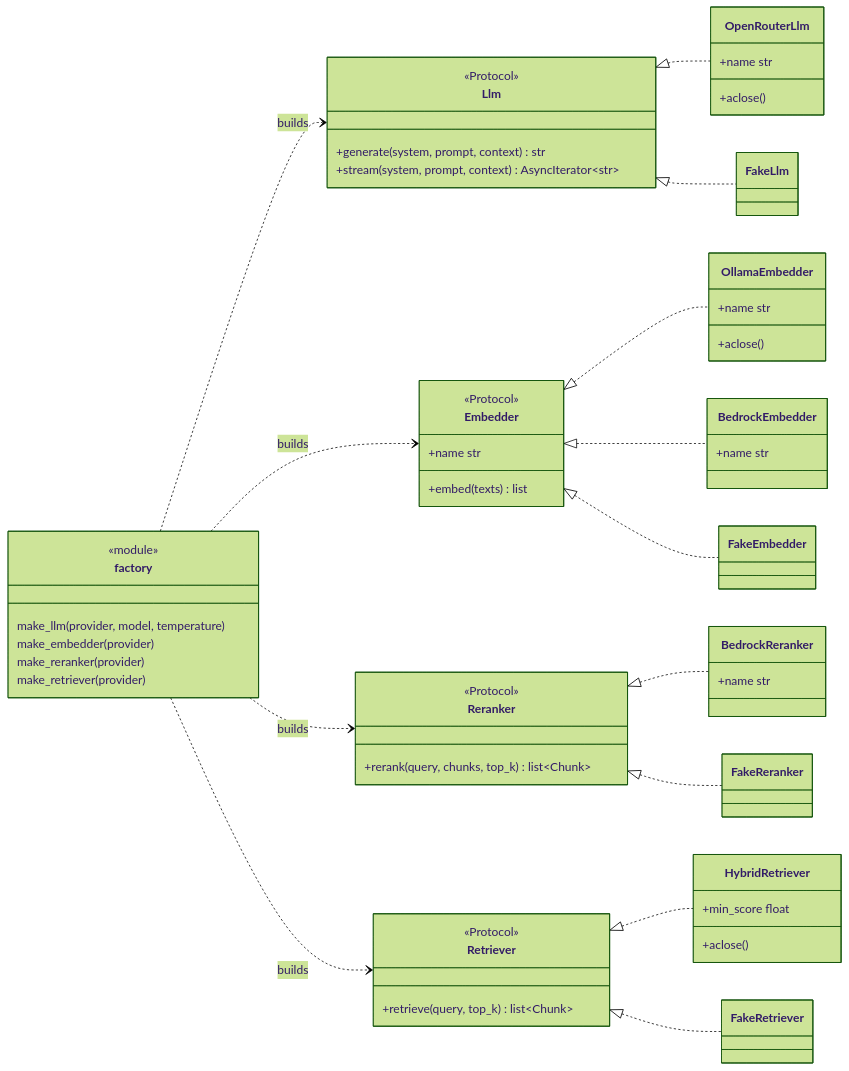
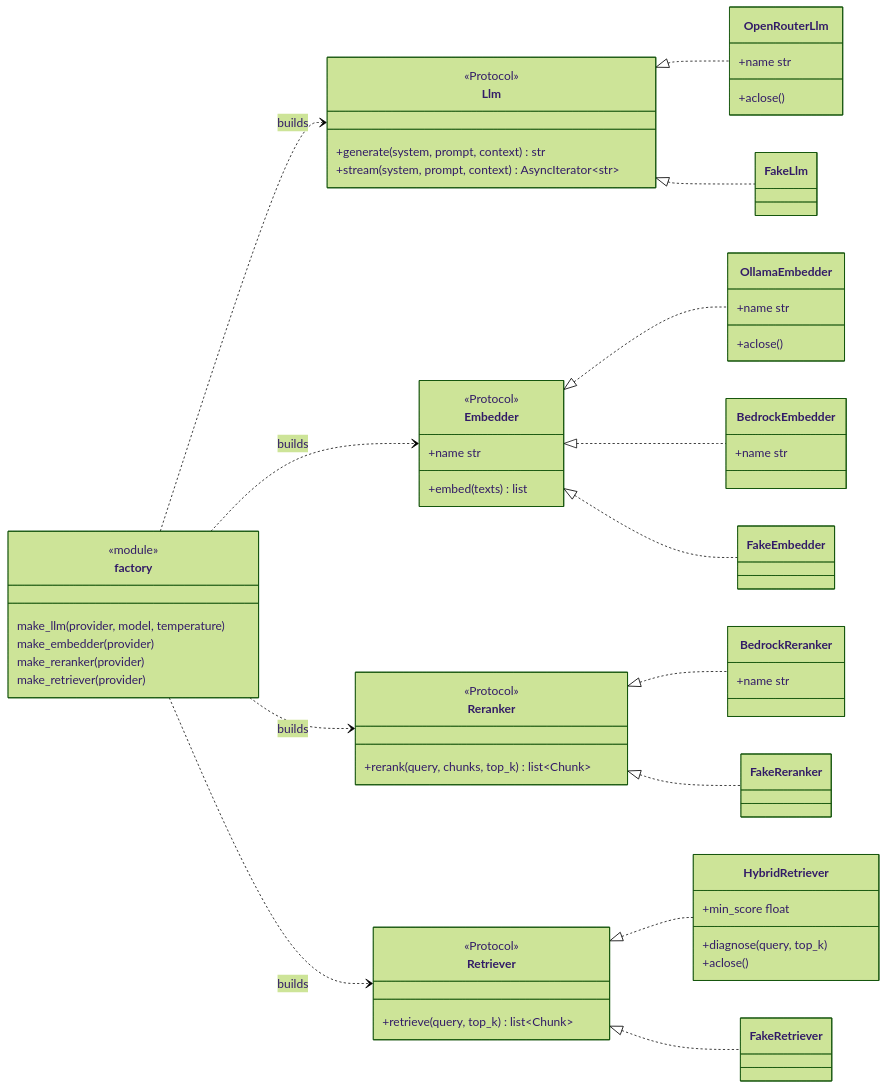
Before and after one commit to monitus2022/owl-online: the first of 3 diagrams in docs/architecture.md, drawn with Mermaid (forest theme). The commit also changed other lines of this file and 11 other files, not shown here.

````diff
--- a/docs/architecture.md
+++ b/docs/architecture.md
@@ -37,68 +37,69 @@
 ```mermaid
 classDiagram
   direction LR
 
   class Llm {
     <<Protocol>>
     +generate(system, prompt, context) str
     +stream(system, prompt, context) AsyncIterator~str~
   }
   class Embedder {
     <<Protocol>>
     +name str
     +embed(texts) list
   }
   class Reranker {
     <<Protocol>>
     +rerank(query, chunks, top_k) list~Chunk~
   }
   class Retriever {
     <<Protocol>>
     +retrieve(query, top_k) list~Chunk~
   }
 
   class OpenRouterLlm {
     +name str
     +aclose()
   }
   class OllamaEmbedder {
     +name str
     +aclose()
   }
   class BedrockEmbedder {
     +name str
   }
   class HybridRetriever {
     +min_score float
+    +diagnose(query, top_k)
     +aclose()
   }
   class BedrockReranker {
     +name str
   }
   class FakeLlm
   class FakeEmbedder
   class FakeReranker
   class FakeRetriever
 
   Llm <|.. OpenRouterLlm
   Llm <|.. FakeLlm
   Embedder <|.. OllamaEmbedder
   Embedder <|.. BedrockEmbedder
   Embedder <|.. FakeEmbedder
   Reranker <|.. BedrockReranker
   Reranker <|.. FakeReranker
   Retriever <|.. HybridRetriever
   Retriever <|.. FakeRetriever
 
   class factory {
     <<module>>
     make_llm(provider, model, temperature)
     make_embedder(provider)
     make_reranker(provider)
     make_retriever(provider)
   }
   factory ..> Llm : builds
   factory ..> Embedder : builds
   factory ..> Reranker : builds
   factory ..> Retriever : builds
 ```
````
